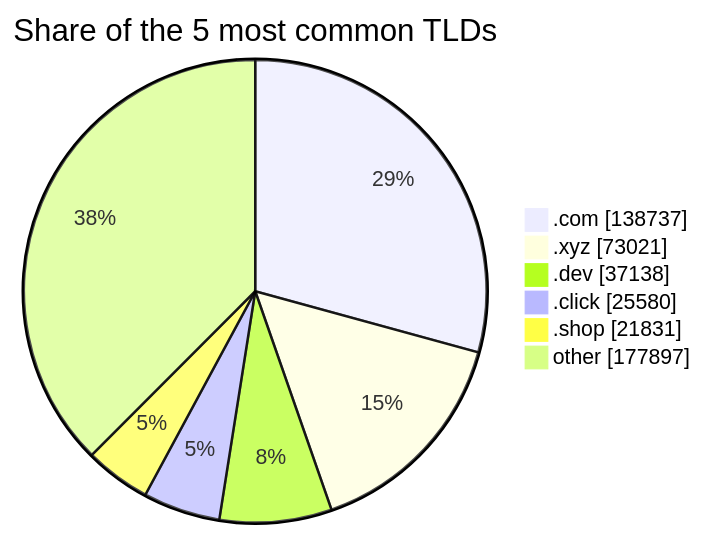
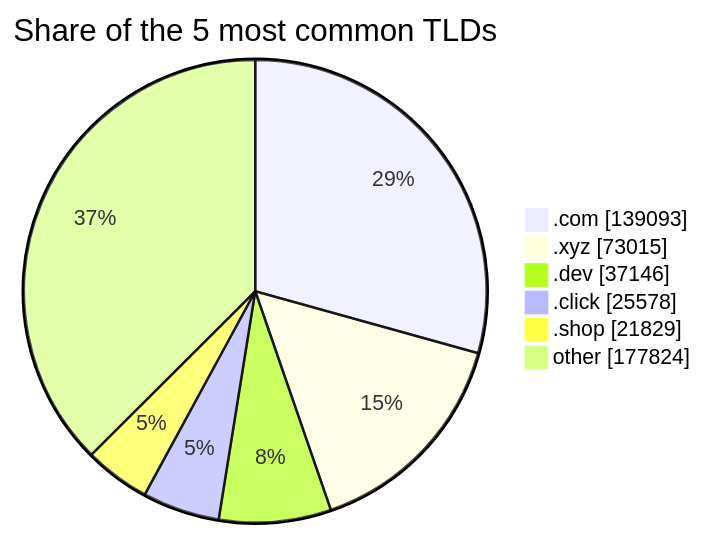
One commit to DNSBunker/CTI changed the third of 3 diagrams in README.md. Above: the diagram before and after it, drawn with Mermaid. The commit also changed other lines of this file and 3 other files, not shown here.

````diff
--- a/README.md
+++ b/README.md
@@ -81,9 +81,9 @@
 ```mermaid
 pie showData title Share of the 5 most common TLDs
-    ".com" : 138737
-    ".xyz" : 73021
-    ".dev" : 37138
-    ".click" : 25580
-    ".shop" : 21831
-    "other" : 177897
+    ".com" : 139093
+    ".xyz" : 73015
+    ".dev" : 37146
+    ".click" : 25578
+    ".shop" : 21829
+    "other" : 177824
 ```
````
